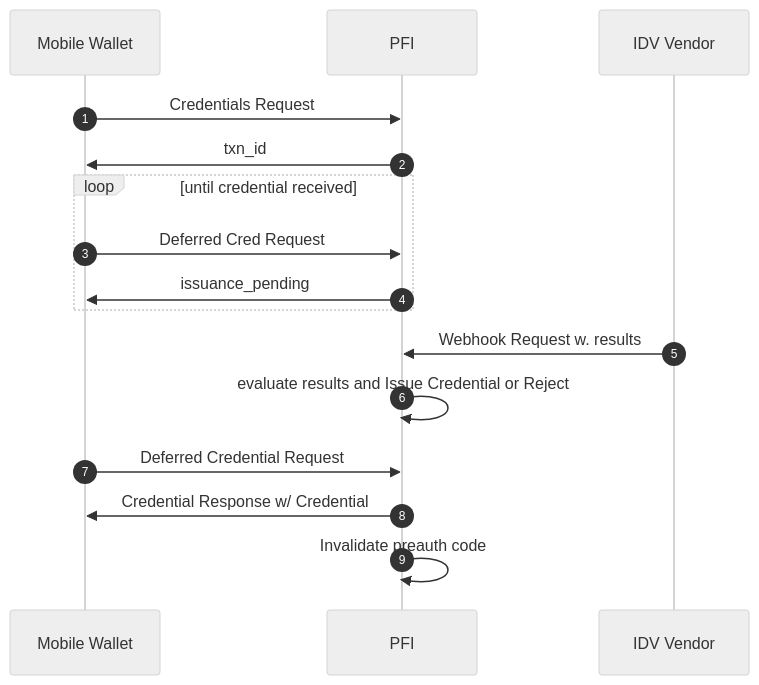
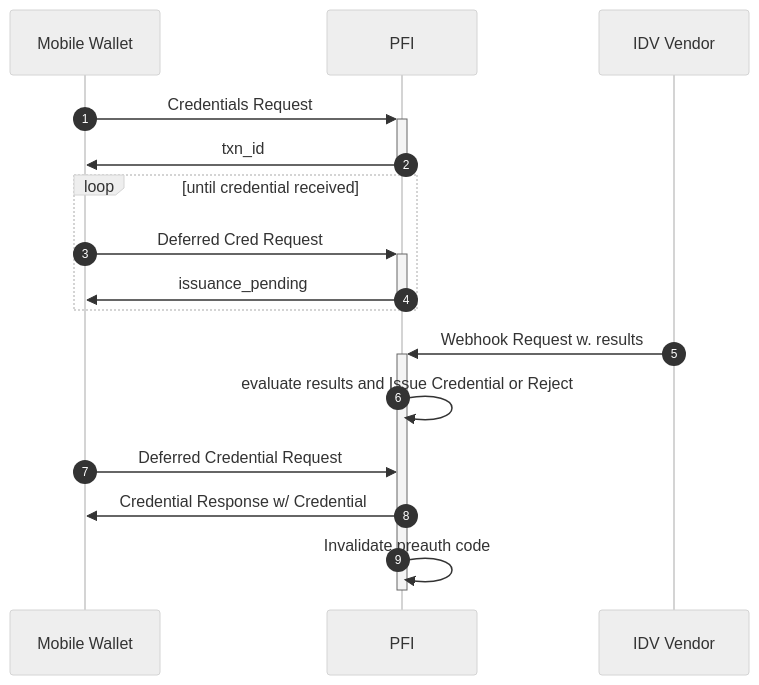
The fifth of 5 diagrams in README.md (TBD54566975/known-customer-credential), drawn with Mermaid (neutral theme) before and after one commit. The commit also changed other lines of this file, not shown here.

````diff
--- a/README.md
+++ b/README.md
@@ -489,21 +477,21 @@
 ```mermaid
 sequenceDiagram
 autonumber
 
 participant D as Mobile Wallet
 participant P as PFI
 participant V as IDV Vendor
 
-D->>P: Credentials Request
-P->>D: txn_id
+D->>+P: Credentials Request
+P->>-D: txn_id
 
 loop until credential received
-    D->>P: Deferred Cred Request
-    P->>D: issuance_pending
+    D->>+P: Deferred Cred Request
+    P->>-D: issuance_pending
 end
-V->>P: Webhook Request w. results
+V->>+P: Webhook Request w. results
 P->>P: evaluate results and Issue Credential or Reject
 D->>P: Deferred Credential Request
 P->>D: Credential Response w/ Credential
-P->>P: Invalidate preauth code
+P->>-P: Invalidate preauth code
 ```
````
